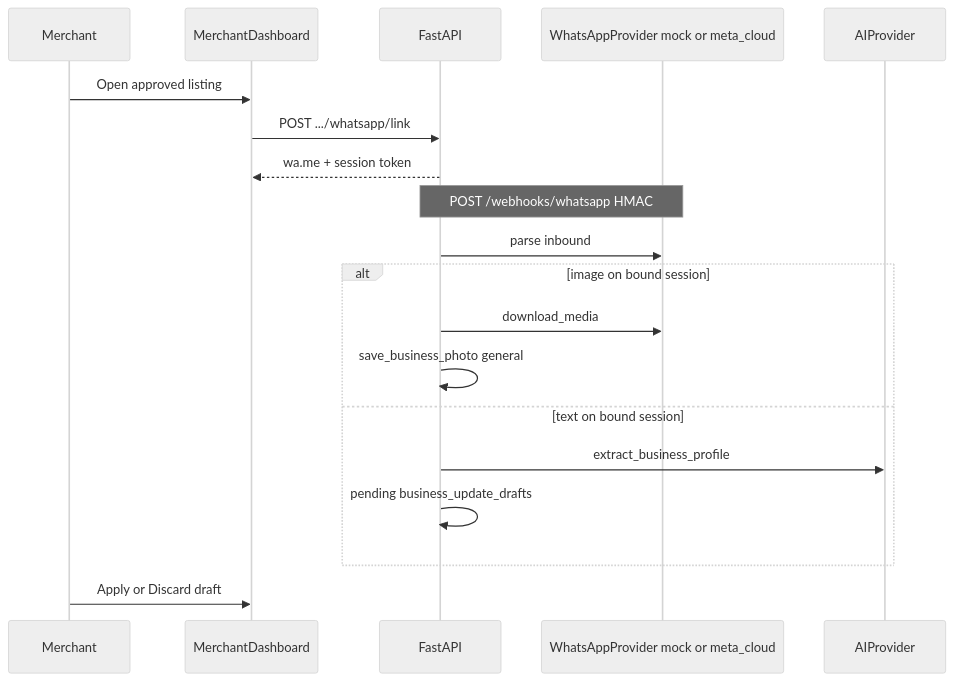
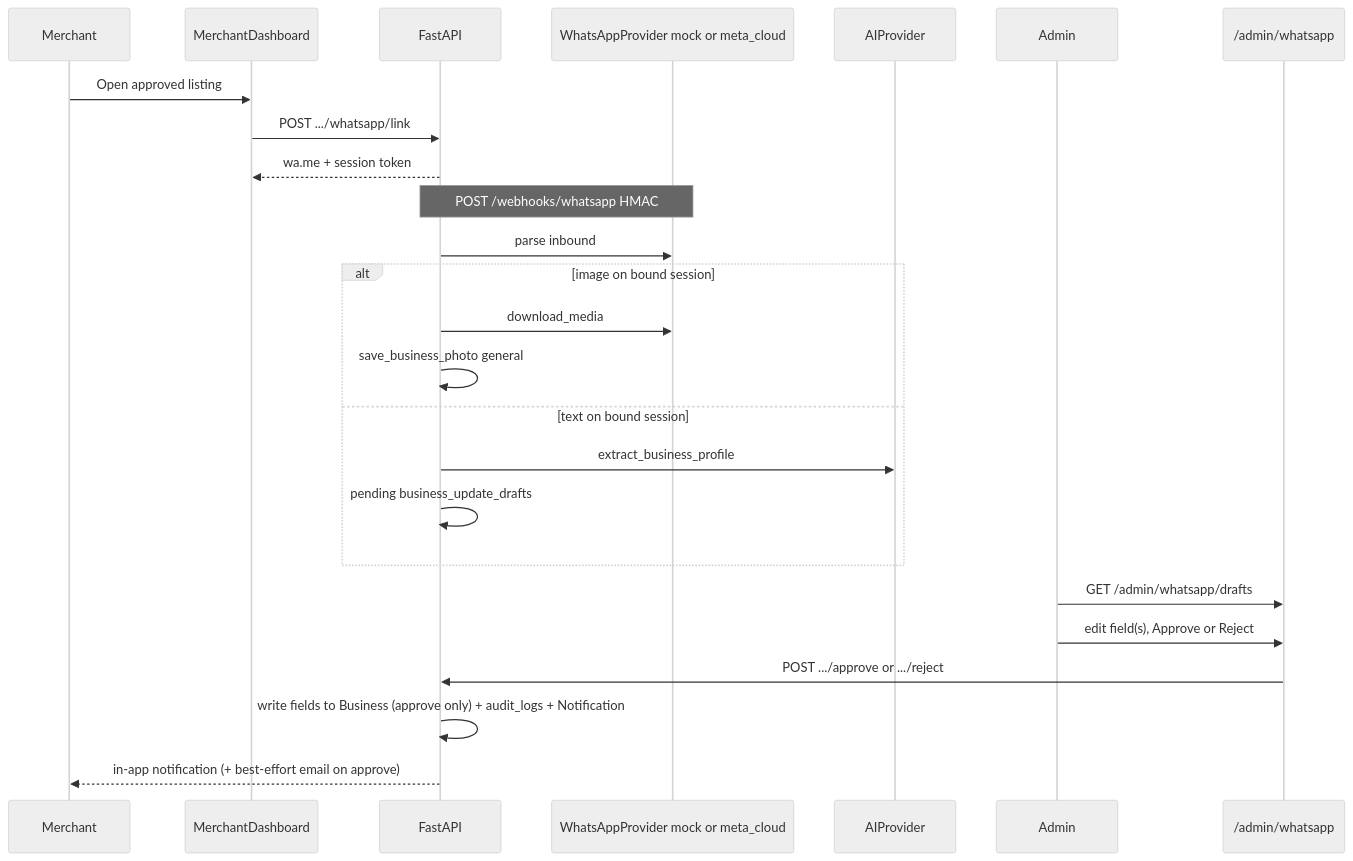
Diagram 14 of 23 in README.md (krishnaviswa/MEngPlat), drawn with Mermaid (neutral theme) before and after one commit. The commit also changed other lines of this file and 7 other files, not shown here.

First line of the commit message:
Update localreview-railway-dns-runbook and README for WhatsApp draft management and API enhancements

````diff
--- a/README.md
+++ b/README.md
@@ -855,22 +855,28 @@
 ```mermaid
 sequenceDiagram
     participant Merchant
     participant Dash as MerchantDashboard
     participant API as FastAPI
     participant WA as WhatsAppProvider mock or meta_cloud
     participant AI as AIProvider
+    participant Admin
+    participant AdminUI as /admin/whatsapp
 
     Merchant->>Dash: Open approved listing
     Dash->>API: POST .../whatsapp/link
     API-->>Dash: wa.me + session token
     Note over API,WA: POST /webhooks/whatsapp HMAC
     API->>WA: parse inbound
     alt image on bound session
         API->>WA: download_media
         API->>API: save_business_photo general
     else text on bound session
         API->>AI: extract_business_profile
         API->>API: pending business_update_drafts
     end
-    Merchant->>Dash: Apply or Discard draft
+    Admin->>AdminUI: GET /admin/whatsapp/drafts
+    Admin->>AdminUI: edit field(s), Approve or Reject
+    AdminUI->>API: POST .../approve or .../reject
+    API->>API: write fields to Business (approve only) + audit_logs + Notification
+    API-->>Merchant: in-app notification (+ best-effort email on approve)
 ```
````
